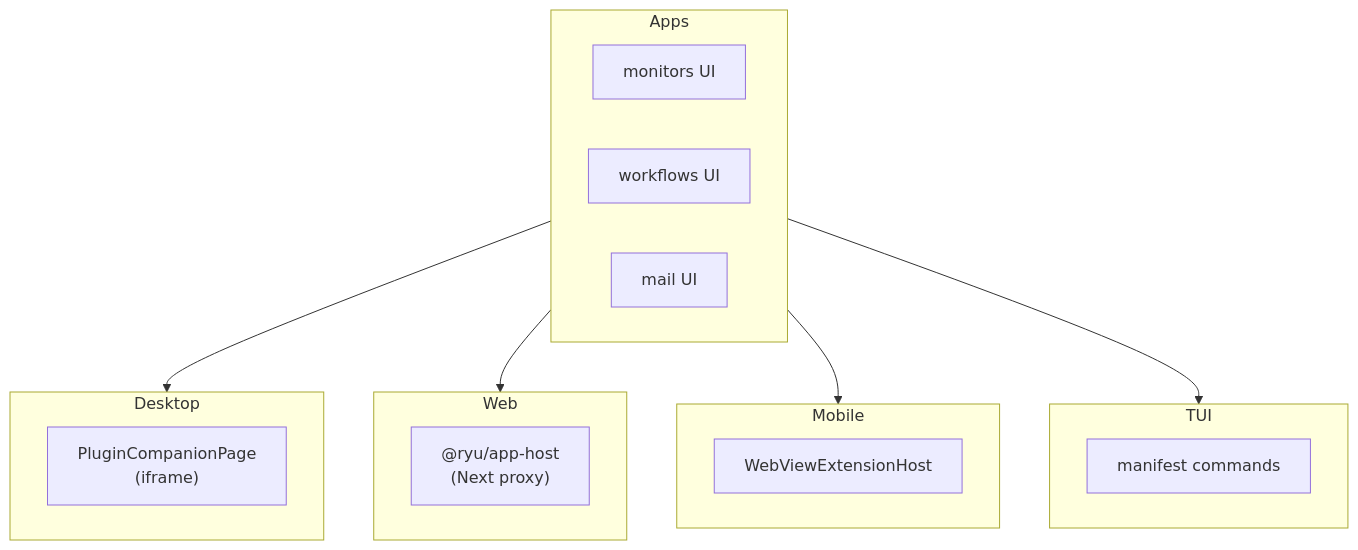
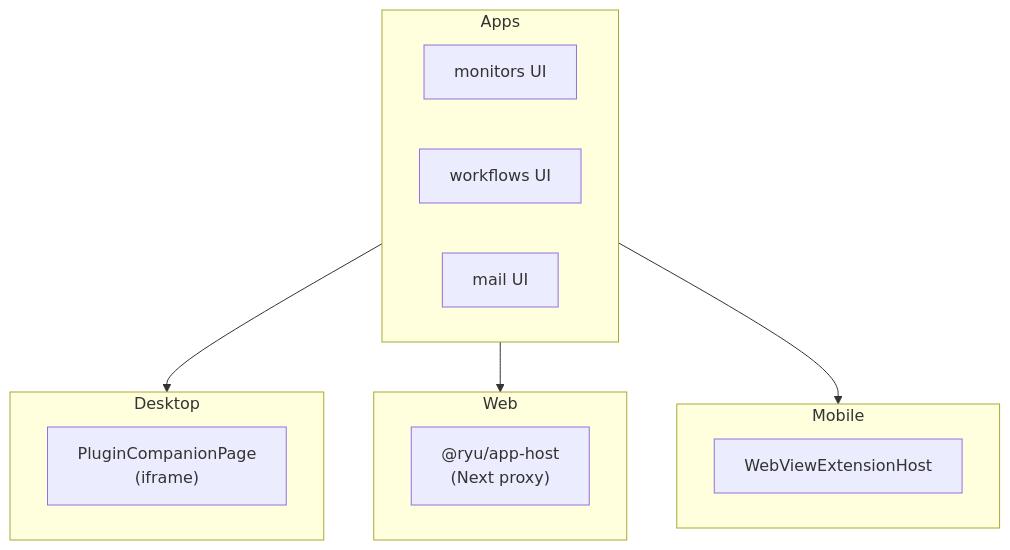
One commit to amajorai/ryu-docs changed the third of 3 diagrams in content/docs/start-here/architecture/platform-decomposition.mdx. Above: the diagram before and after it, drawn with Mermaid. The commit also changed other lines of this file and 2538 other files, not shown here.

````diff
--- a/content/docs/start-here/architecture/platform-decomposition.mdx
+++ b/content/docs/start-here/architecture/platform-decomposition.mdx
@@ -170,26 +139,22 @@
 ```mermaid
 flowchart TB
   subgraph Apps["Apps"]
     A1["monitors UI"]
     A2["workflows UI"]
     A3["mail UI"]
   end
 
   subgraph Desktop["Desktop"]
     D1["PluginCompanionPage\n(iframe)"]
   end
 
   subgraph Web["Web"]
     W1["@ryu/app-host\n(Next proxy)"]
   end
 
   subgraph Native["Mobile"]
     N1["WebViewExtensionHost"]
   end
 
-  subgraph TUI2["TUI"]
-    T1["manifest commands"]
-  end
-
-  Apps --> Desktop & Web & Native & TUI2
+  Apps --> Desktop & Web & Native
 ```
````
